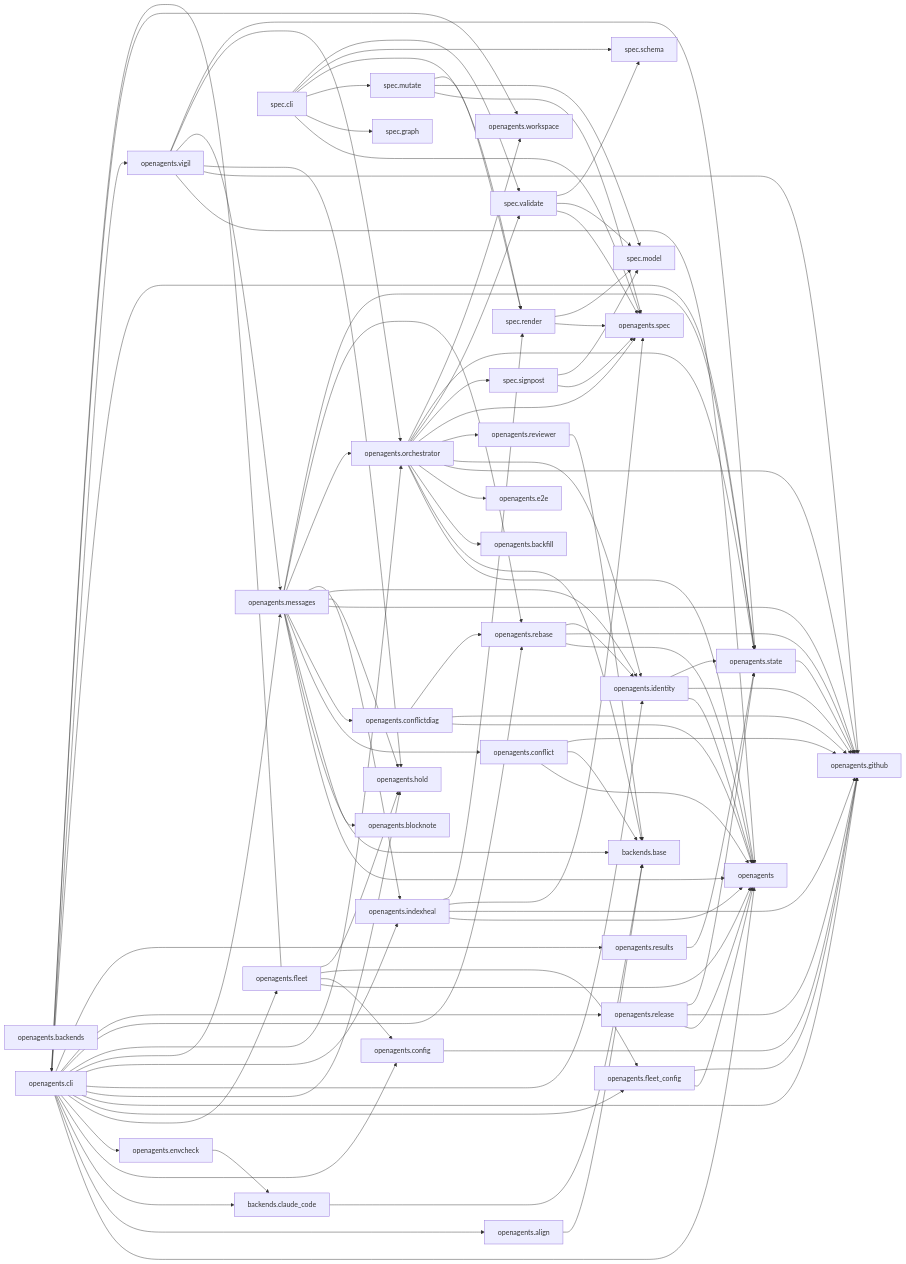
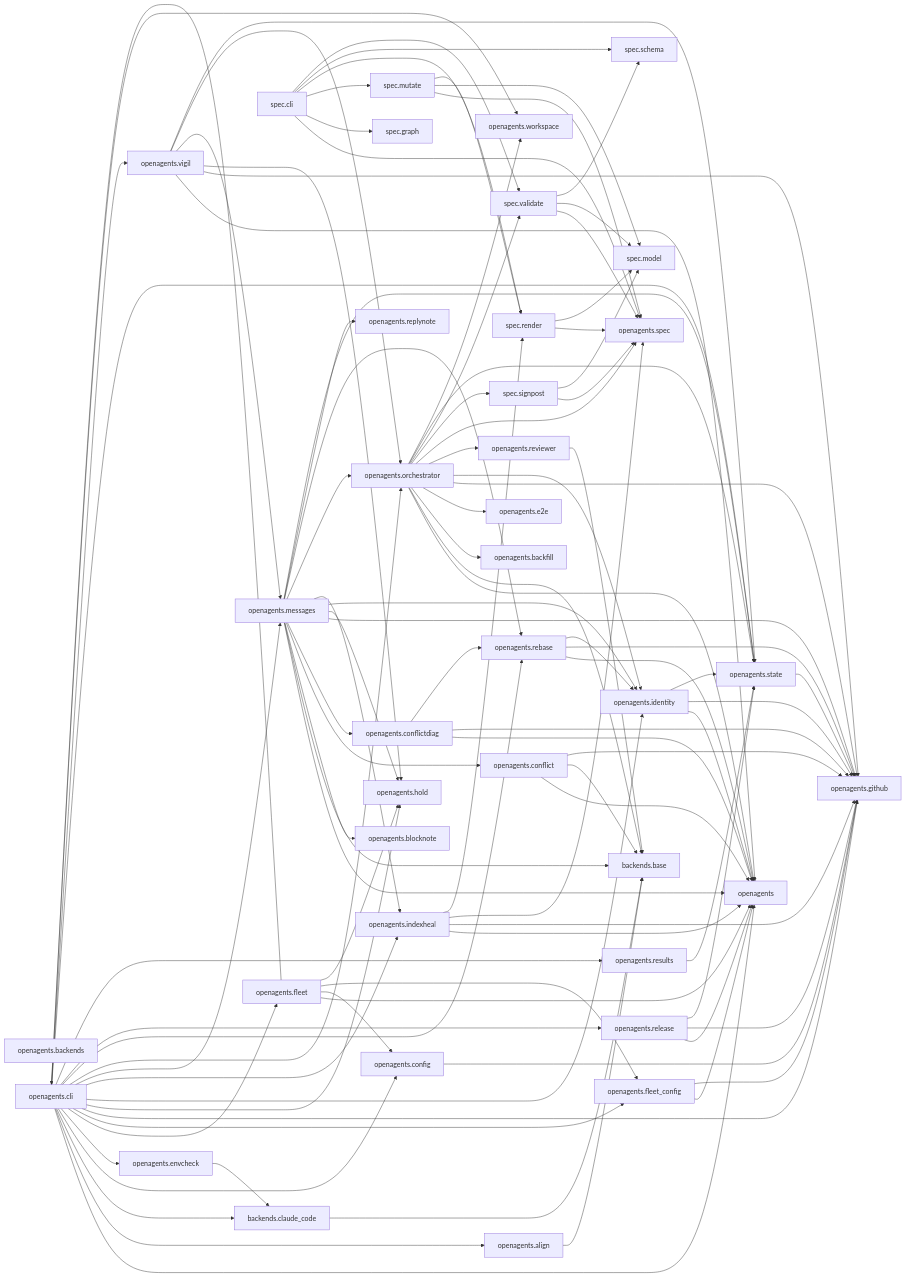
One commit to Curry09/OpenAgents changed the diagram in docs/specs/ARCHITECTURE.md. Above: the diagram before and after it, drawn with Mermaid. The commit also changed other lines of this file and 15 other files, not shown here.

```diff
--- a/docs/specs/ARCHITECTURE.md
+++ b/docs/specs/ARCHITECTURE.md
@@ -89,6 +90,7 @@
     nopenagents_orchestrator["openagents.orchestrator"]
     nopenagents_rebase["openagents.rebase"]
     nopenagents_release["openagents.release"]
+    nopenagents_replynote["openagents.replynote"]
     nopenagents_results["openagents.results"]
     nopenagents_reviewer["openagents.reviewer"]
     nopenagents_spec["openagents.spec"]
@@ -157,6 +159,7 @@
     nopenagents_messages --> nopenagents_indexheal
     nopenagents_messages --> nopenagents_orchestrator
     nopenagents_messages --> nopenagents_rebase
+    nopenagents_messages --> nopenagents_replynote
     nopenagents_messages --> nopenagents_state
     nopenagents_orchestrator --> nopenagents
     nopenagents_orchestrator --> nopenagents_backends_base
```
